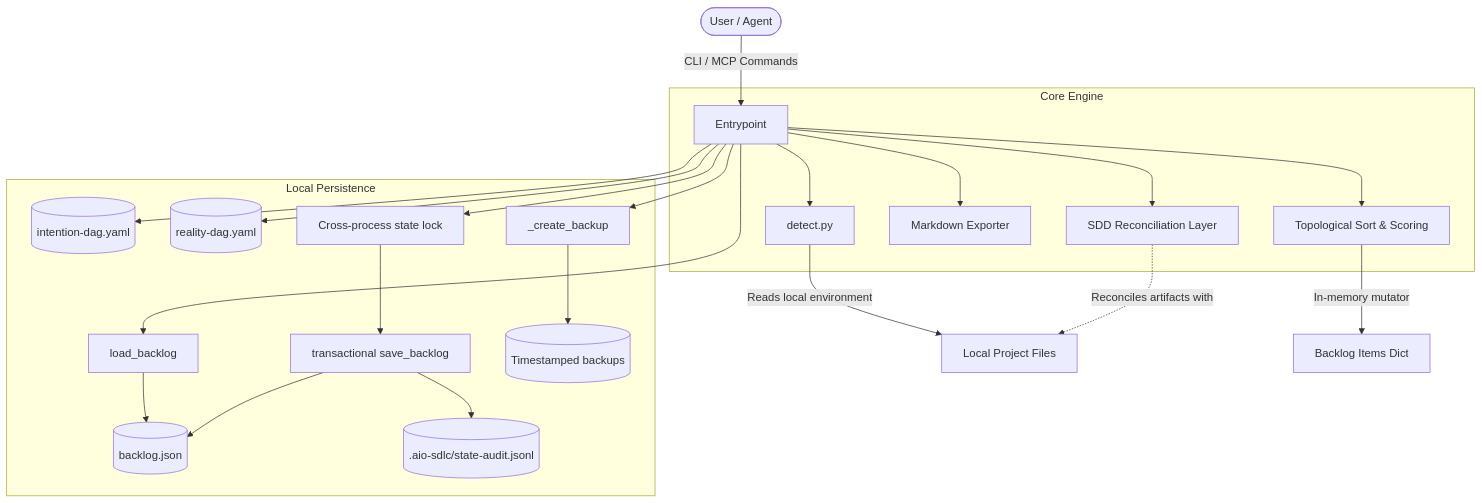
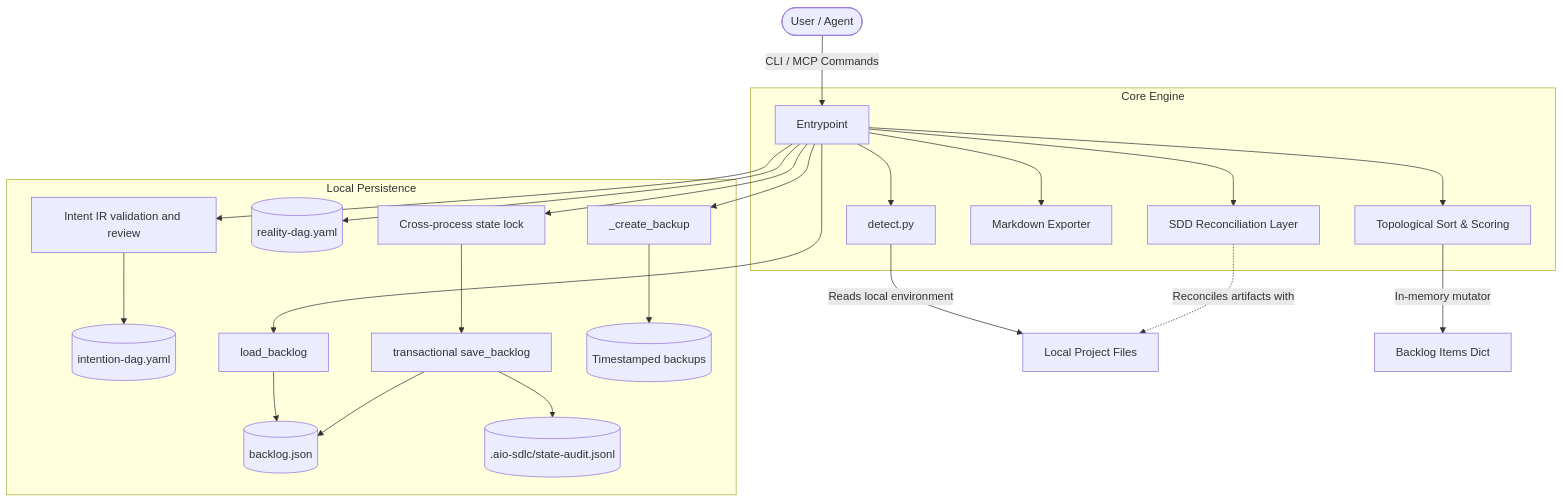
One commit to aegolius-labs/aio-agentic-sdlc changed the diagram in doc/architecture.md. Above: the diagram before and after it, drawn with Mermaid. The commit also changed other lines of this file and 15 other files, not shown here.

````diff
--- a/doc/architecture.md
+++ b/doc/architecture.md
@@ -11,28 +11,29 @@
 ```mermaid
 graph TD
     User([User / Agent]) -->|CLI / MCP Commands| CLI[Entrypoint]
     
     subgraph Core Engine
         CLI --> Detect[detect.py]
         CLI --> Sort[Topological Sort & Scoring]
         CLI --> Export[Markdown Exporter]
         CLI --> SDDRecon[SDD Reconciliation Layer]
     end
     
     subgraph Local Persistence
-        CLI --> Intent[(intention-dag.yaml)]
+        CLI --> IntentReview[Intent IR validation and review]
+        IntentReview --> Intent[(intention-dag.yaml)]
         CLI --> Reality[(reality-dag.yaml)]
         CLI --> ReadJSON[load_backlog]
         ReadJSON --> FileDB[(backlog.json)]
         CLI --> Lock[Cross-process state lock]
         Lock --> WriteJSON[transactional save_backlog]
         WriteJSON --> FileDB
         WriteJSON --> Audit[(.aio-sdlc/state-audit.jsonl)]
         CLI --> BackupManager[_create_backup]
         BackupManager --> BackupFiles[(Timestamped backups)]
     end
 
     Detect -->|Reads local environment| Workspace[Local Project Files]
     SDDRecon -.->|Reconciles artifacts with| Workspace
     Sort -->|In-memory mutator| Items[Backlog Items Dict]
 ```
````
